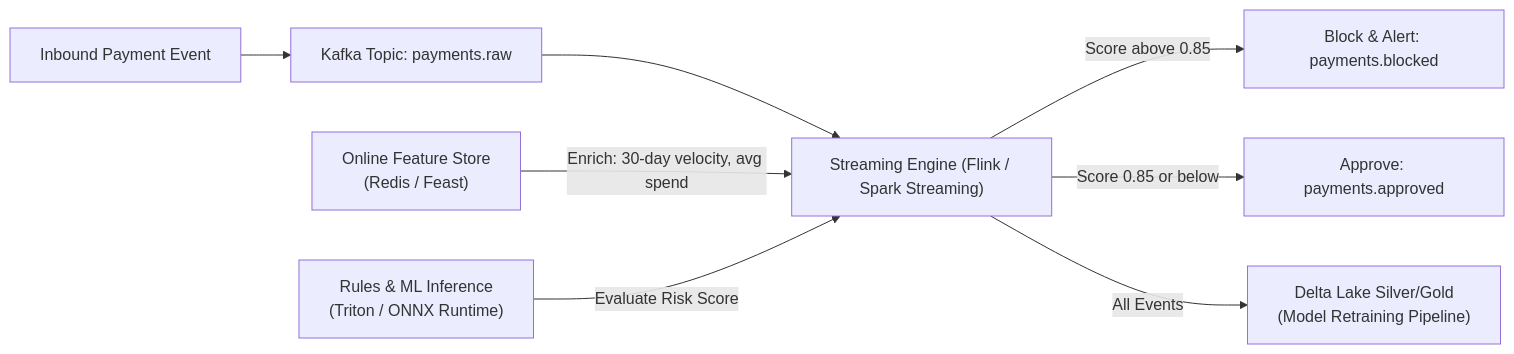
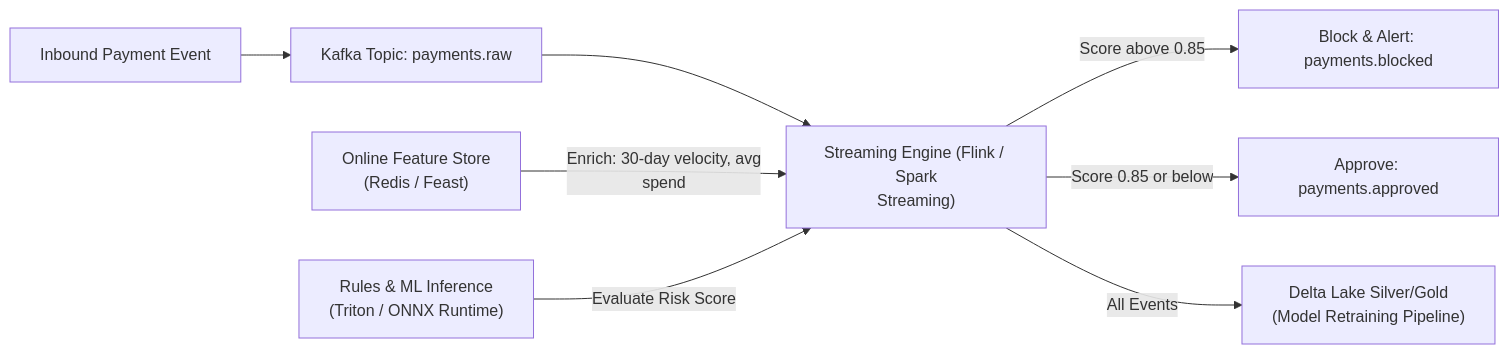
Before and after one commit to santoshjammi29/data-engineering-interview-handbook: the second of 2 diagrams in playbooks/06_system_design_125.md, drawn with Mermaid. The commit also changed other lines of this file and 9 other files, not shown here.

Commit message:
fix(diagrams): word-wrap labels and escape comparison operators across all diagrams

````diff
--- a/playbooks/06_system_design_125.md
+++ b/playbooks/06_system_design_125.md
@@ -33,10 +33,10 @@
 ```mermaid
 flowchart LR
     A["Inbound Payment Event"] --> B["Kafka Topic: payments.raw"]
-    B --> C["Streaming Engine (Flink / Spark Streaming)"]
-    D["Online Feature Store<br/>(Redis / Feast)"] -->|Enrich: 30-day velocity, avg spend| C
+    B --> C["Streaming Engine (Flink / Spark<br/>Streaming)"]
+    D["Online Feature Store<br/>(Redis / Feast)"] -->|"Enrich: 30-day velocity, avg<br/>spend"| C
     E["Rules & ML Inference<br/>(Triton / ONNX Runtime)"] -->|Evaluate Risk Score| C
     C -->|Score above 0.85| F["Block & Alert: payments.blocked"]
     C -->|Score 0.85 or below| G["Approve: payments.approved"]
     C -->|All Events| H["Delta Lake Silver/Gold<br/>(Model Retraining Pipeline)"]
 ```
````
